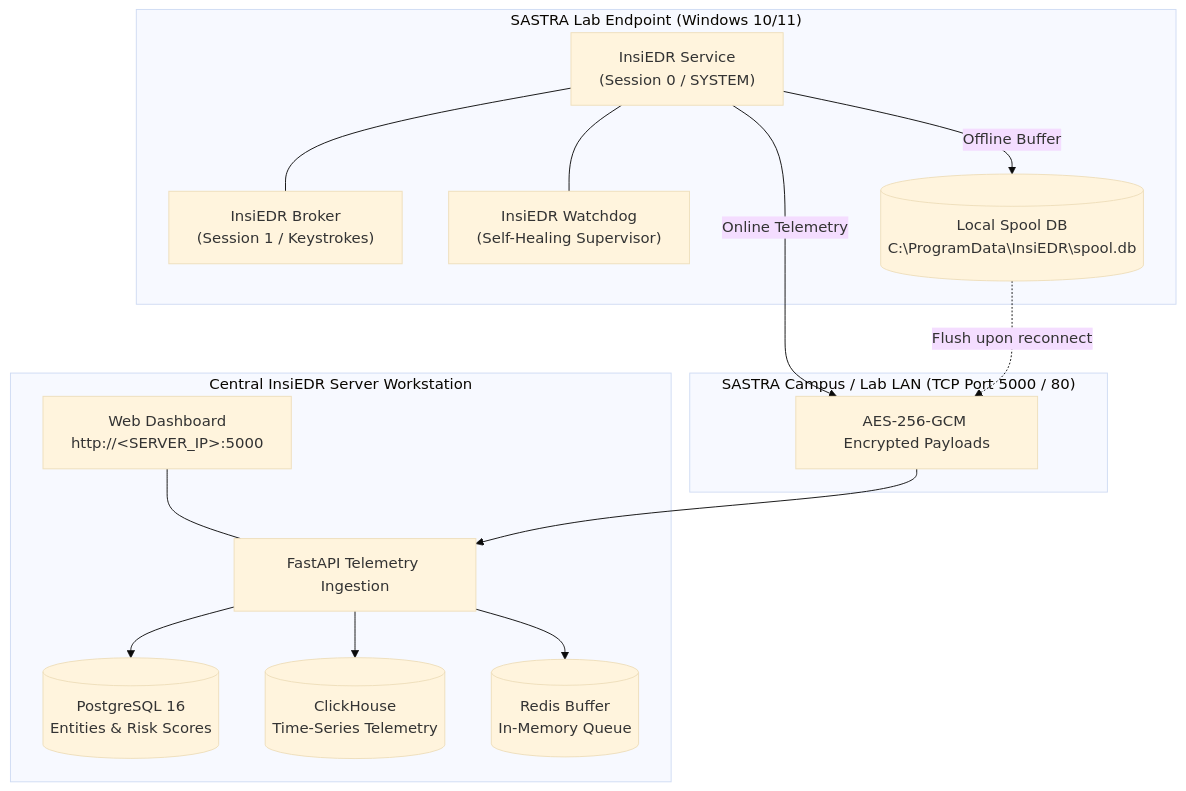
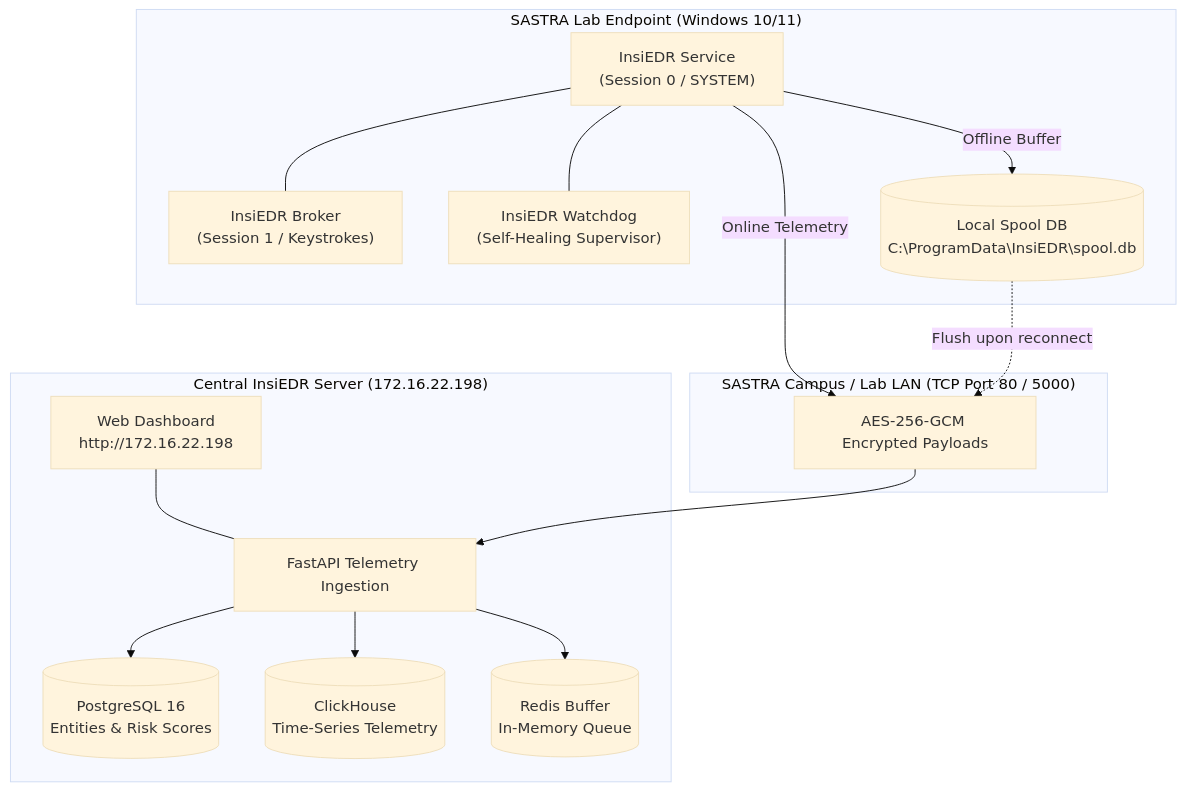
Before and after one commit to soms36-DefSec/InsiEDR_agent: the diagram in deploy/SASTRA_Lab_Deployment_Guide.md, drawn with Mermaid (base theme). The commit also changed other lines of this file and 9 other files, not shown here.

````diff
--- a/deploy/SASTRA_Lab_Deployment_Guide.md
+++ b/deploy/SASTRA_Lab_Deployment_Guide.md
@@ -12,33 +12,33 @@
 ```mermaid
 flowchart TD
     subgraph LabPC["SASTRA Lab Endpoint (Windows 10/11)"]
         SVC["InsiEDR Service<br/>(Session 0 / SYSTEM)"]
         BRK["InsiEDR Broker<br/>(Session 1 / Keystrokes)"]
         WTD["InsiEDR Watchdog<br/>(Self-Healing Supervisor)"]
         SPL[("Local Spool DB<br/>C:\ProgramData\InsiEDR\spool.db")]
         
         SVC --- BRK
         SVC --- WTD
         SVC -->|Offline Buffer| SPL
     end
 
-    subgraph CampusNet["SASTRA Campus / Lab LAN (TCP Port 5000 / 80)"]
+    subgraph CampusNet["SASTRA Campus / Lab LAN (TCP Port 80 / 5000)"]
         ENC["AES-256-GCM Encrypted Payloads"]
     end
 
-    subgraph CentralServer["Central InsiEDR Server Workstation"]
+    subgraph CentralServer["Central InsiEDR Server (172.16.22.198)"]
         API["FastAPI Telemetry Ingestion"]
         DB[("PostgreSQL 16<br/>Entities & Risk Scores")]
         CH[("ClickHouse<br/>Time-Series Telemetry")]
         RD[("Redis Buffer<br/>In-Memory Queue")]
-        UI["Web Dashboard<br/>http://&lt;SERVER_IP&gt;:5000"]
+        UI["Web Dashboard<br/>http://172.16.22.198"]
 
         API --> DB
         API --> CH
         API --> RD
         UI --- API
     end
 
     SVC -->|Online Telemetry| ENC --> API
     SPL -.->|Flush upon reconnect| ENC
 ```
````
